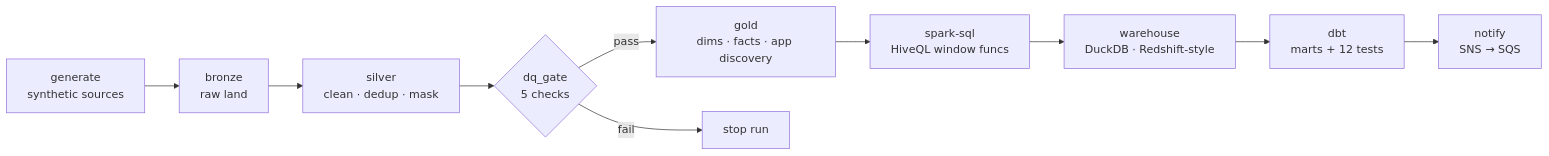
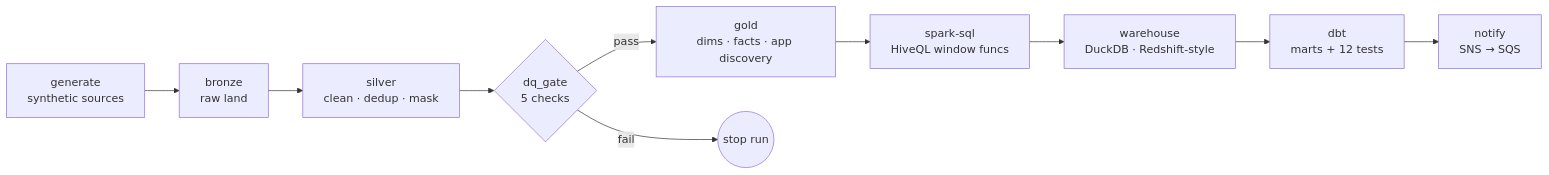
Before and after one commit to VijayChamakuri/cloud-asset-discovery-pipeline: the first of 3 diagrams in README.md, drawn with Mermaid. The commit also changed other lines of this file and 9 other files, not shown here.

Commit message:
docs: add showcase README (charts, Mermaid diagrams, badges) and MIT LICENSE; fix dbt full-scale OOM by pre-aggregating the cross-account join, materializing staging as tables, and building serially

````diff
--- a/README.md
+++ b/README.md
@@ -17,12 +49,12 @@
 ```mermaid
 flowchart LR
     G[generate<br/>synthetic sources] --> B[bronze<br/>raw land]
     B --> S[silver<br/>clean · dedup · mask]
     S --> Q{dq_gate<br/>5 checks}
     Q -- pass --> GO[gold<br/>dims · facts · app discovery]
-    Q -- fail --> X[stop run]
+    Q -- fail --> X((stop run))
     GO --> SQ[spark-sql<br/>HiveQL window funcs]
     SQ --> W[warehouse<br/>DuckDB · Redshift-style]
     W --> D[dbt<br/>marts + 12 tests]
     D --> N[notify<br/>SNS → SQS]
 ```
````
